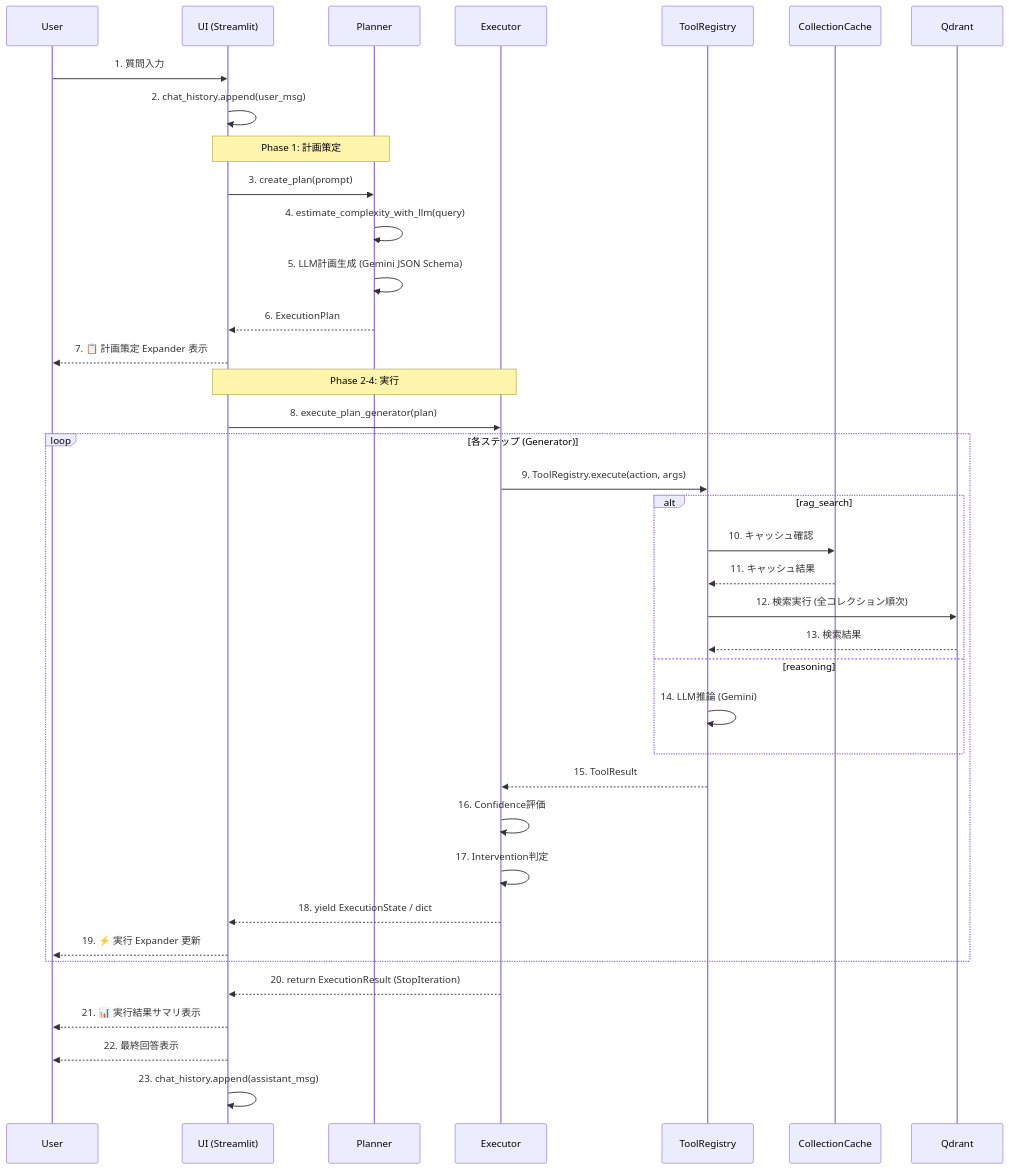
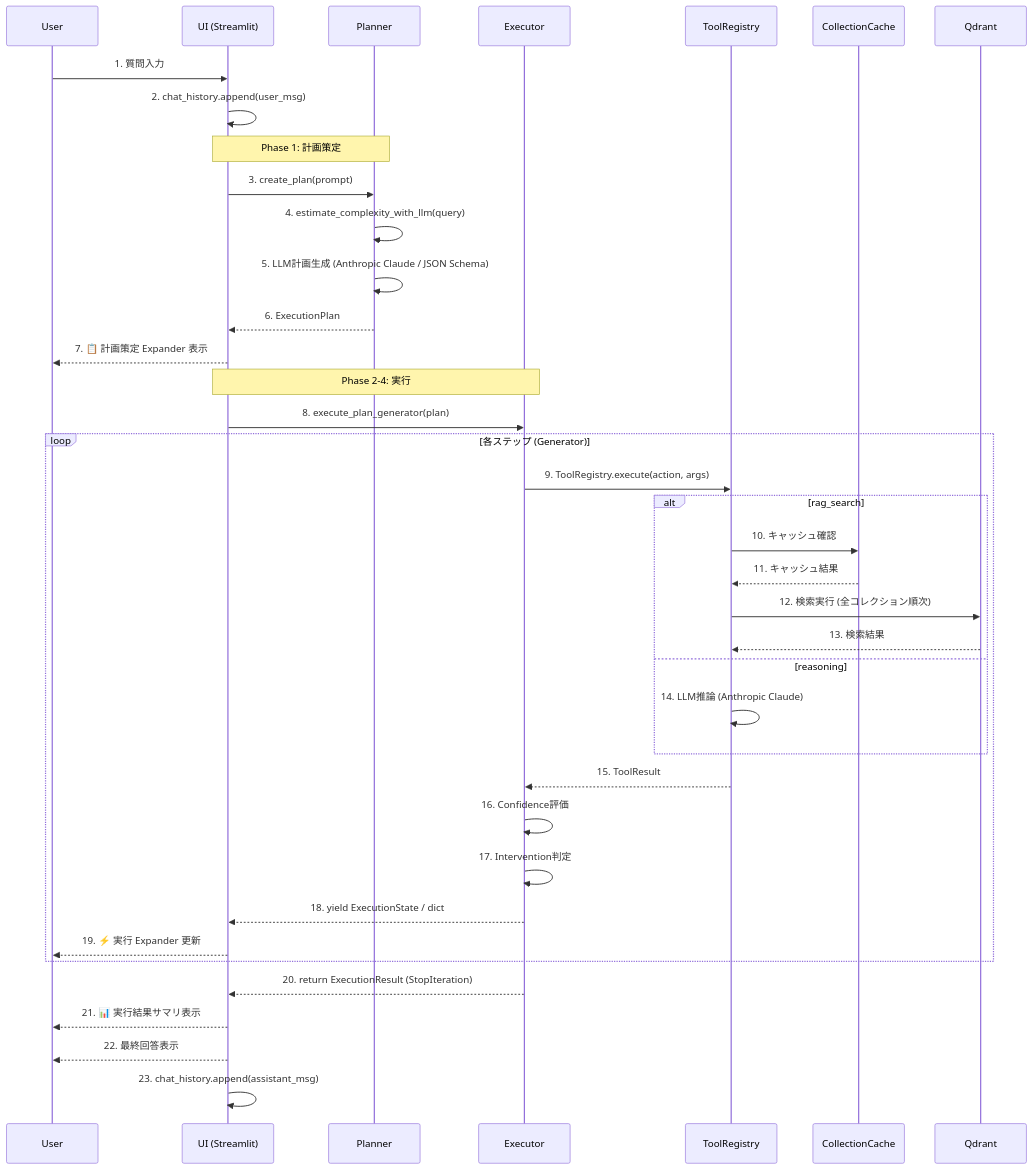
The eighth of 13 diagrams in ui/doc/grace_chat_page.md (nakashima2toshio/anthropic_grace_agent_v2), drawn with Mermaid before and after one commit. The commit also changed other lines of this file and 14 other files, not shown here.

````diff
--- a/ui/doc/grace_chat_page.md
+++ b/ui/doc/grace_chat_page.md
@@ -584,50 +589,50 @@
 ```mermaid
 sequenceDiagram
     participant User as User
     participant UI as UI (Streamlit)
     participant Planner as Planner
     participant Executor as Executor
     participant Tools as ToolRegistry
     participant Cache as CollectionCache
     participant Qdrant as Qdrant
 
     User->>UI: 1. 質問入力
     UI->>UI: 2. chat_history.append(user_msg)
 
     Note over UI,Planner: Phase 1: 計画策定
 
     UI->>Planner: 3. create_plan(prompt)
     Planner->>Planner: 4. estimate_complexity_with_llm(query)
-    Planner->>Planner: 5. LLM計画生成 (Gemini JSON Schema)
+    Planner->>Planner: 5. LLM計画生成 (Anthropic Claude / JSON Schema)
     Planner-->>UI: 6. ExecutionPlan
     UI-->>User: 7. 📋 計画策定 Expander 表示
 
     Note over UI,Executor: Phase 2-4: 実行
 
     UI->>Executor: 8. execute_plan_generator(plan)
 
     loop 各ステップ (Generator)
         Executor->>Tools: 9. ToolRegistry.execute(action, args)
 
         alt rag_search
             Tools->>Cache: 10. キャッシュ確認
             Cache-->>Tools: 11. キャッシュ結果
             Tools->>Qdrant: 12. 検索実行 (全コレクション順次)
             Qdrant-->>Tools: 13. 検索結果
         else reasoning
-            Tools->>Tools: 14. LLM推論 (Gemini)
+            Tools->>Tools: 14. LLM推論 (Anthropic Claude)
         end
 
         Tools-->>Executor: 15. ToolResult
         Executor->>Executor: 16. Confidence評価
         Executor->>Executor: 17. Intervention判定
 
         Executor-->>UI: 18. yield ExecutionState / dict
         UI-->>User: 19. ⚡ 実行 Expander 更新
     end
 
     Executor-->>UI: 20. return ExecutionResult (StopIteration)
     UI-->>User: 21. 📊 実行結果サマリ表示
     UI-->>User: 22. 最終回答表示
     UI->>UI: 23. chat_history.append(assistant_msg)
 ```
````
